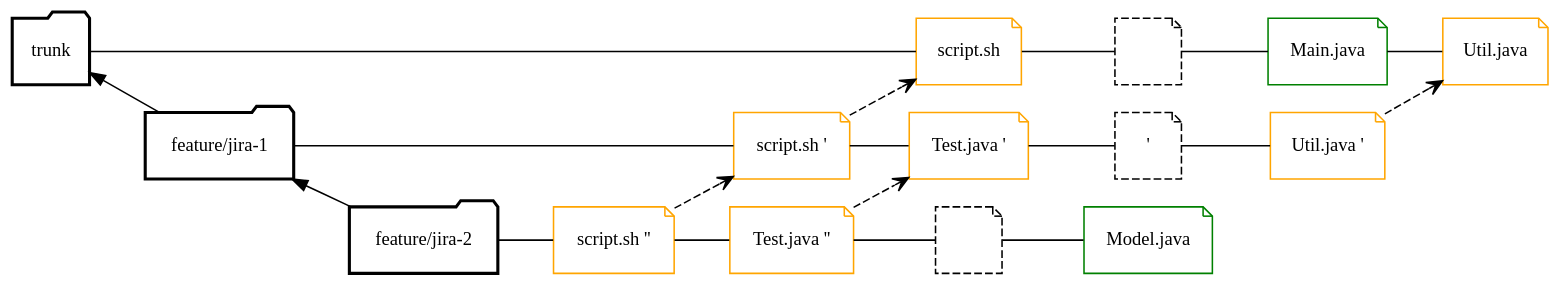
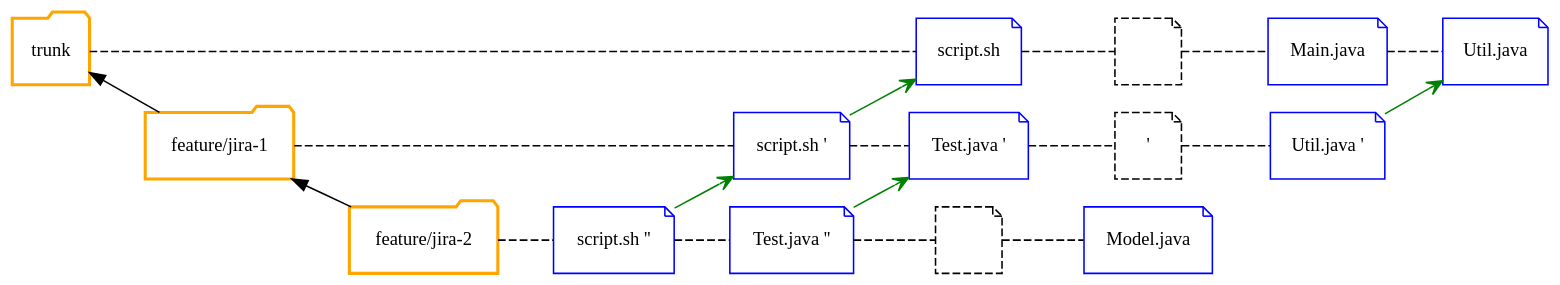
Before and after one commit to Gepardec/git-training: the diagram in slides/intro/src/docs/asciidoc/graphviz/svn-branch.dot, drawn with Graphviz. The commit also changed 10 other files, not shown here.

Commit message:
- Little changes in existing raphs (coloring) - Added new graphs for git merge conflict, fast fwd merge. - Further dev on presentation

```diff
--- a/slides/intro/src/docs/asciidoc/graphviz/svn-branch.dot
+++ b/slides/intro/src/docs/asciidoc/graphviz/svn-branch.dot
@@ -1,50 +1,50 @@
 digraph svn_branch {
-        rankdir="LR";
-        bgcolor="transparent";
+    rankdir="LR";
+    bgcolor="transparent";
 
-        node[width=0.6,height=0.6, shape=folder,fontsize=12.0];
-        "trunk"[label="trunk",group="trunk",style="bold"];
-        "feature_1"[label="feature/jira-1",group="feature_1",style="bold"];
-        "feature_2"[label="feature/jira-2",group="feature_2",style="bold"];
+    node[width=0.6,height=0.6, shape=folder,fontsize=12.0,color=orange];
+    "trunk"[label="trunk",group="trunk",style="bold"];
+    "feature_1"[label="feature/jira-1",group="feature_1",style="bold"];
+    "feature_2"[label="feature/jira-2",group="feature_2",style="bold"];
 
-        node[width=0.6,height=0.6, shape=note,fontsize=12.0];
-        "file_1"[label="script.sh",group="trunk",color="orange"]
-        "file_2"[label="",group="trunk",style="dashed"]
-        "file_3"[label="Main.java",group="trunk",color="green"]
-        "file_4"[label="Util.java",group="trunk",color="orange"]
-        "file__1"[label="script.sh '",group="feature_1",color="orange"]
-        "file__2"[label="Test.java '",group="feature_1",color="orange"]
-        "file__3"[label="'",group="feature_1",style="dashed"]
-        "file__4"[label="Util.java '",group="feature_1",color="orange"]
-        "file___1"[label="script.sh ''",group="feature_2",color="orange"]
-        "file___2"[label="Test.java ''",group="feature_2",color="orange"]
-        "file___3"[label="",group="feature_2",style=dashed]
-        "file___4"[label="Model.java",group="feature_2",color="green"]
+    node[width=0.6,height=0.6, shape=note,fontsize=12.0];
+    "file_1"[label="script.sh",group="trunk",color="blue"]
+    "file_2"[label="",group="trunk",style="dashed",color=""]
+    "file_3"[label="Main.java",group="trunk",color="blue"]
+    "file_4"[label="Util.java",group="trunk",color="blue"]
+    "file__1"[label="script.sh '",group="feature_1",color="blue"]
+    "file__2"[label="Test.java '",group="feature_1",color="blue"]
+    "file__3"[label="'",group="feature_1",style="dashed",color=""]
+    "file__4"[label="Util.java '",group="feature_1",color="blue"]
+    "file___1"[label="script.sh ''",group="feature_2",color="blue"]
+    "file___2"[label="Test.java ''",group="feature_2",color="blue"]
+    "file___3"[label="",group="feature_2",style=dashed,color=""]
+    "file___4"[label="Model.java",group="feature_2",color="blue"]
 
-        edge[weight=2,arrowhead=open,dir="back"];
-        "trunk" -> "feature_1";
-        "feature_1" -> "feature_2";
+    edge[weight=2,arrowhead=open,dir="back"];
+    "trunk" -> "feature_1";
+    "feature_1" -> "feature_2";
 
-        edge[weight=2,arrowhead=none,dir="forward"];
-        "trunk" -> "file_1";
-        "feature_1" -> "file__1";
-        "feature_2" -> "file___1";
+    edge[weight=2,arrowhead=none,dir="forward",style=dashed];
+    "trunk" -> "file_1";
+    "feature_1" -> "file__1";
+    "feature_2" -> "file___1";
 
-        edge[weight=2,arrowhead=none,dir="forward"];
-        "file_1" -> "file_2";
-        "file_2" -> "file_3";
-        "file_3" -> "file_4";
-        "file__1" -> "file__2";
-        "file__2" -> "file__3";
-        "file__3" -> "file__4";
-        "file___1" -> "file___2";
-        "file___2" -> "file___3";
-        "file___3" -> "file___4";
+    edge[weight=2,arrowhead=none,dir="forward"];
+    "file_1" -> "file_2";
+    "file_2" -> "file_3";
+    "file_3" -> "file_4";
+    "file__1" -> "file__2";
+    "file__2" -> "file__3";
+    "file__3" -> "file__4";
+    "file___1" -> "file___2";
+    "file___2" -> "file___3";
+    "file___3" -> "file___4";
 
-        edge[weight=2,arrowhead=open,style="dashed"];
-        "file__1" -> "file_1"
-        "file___1" -> "file__1"
-        "file___2" -> "file__2"
-        "file__4" -> "file_4"
+    edge[weight=2,arrowhead=open,style="",color=green];
+    "file__1" -> "file_1"
+    "file___1" -> "file__1"
+    "file___2" -> "file__2"
+    "file__4" -> "file_4"
 
 }
```
